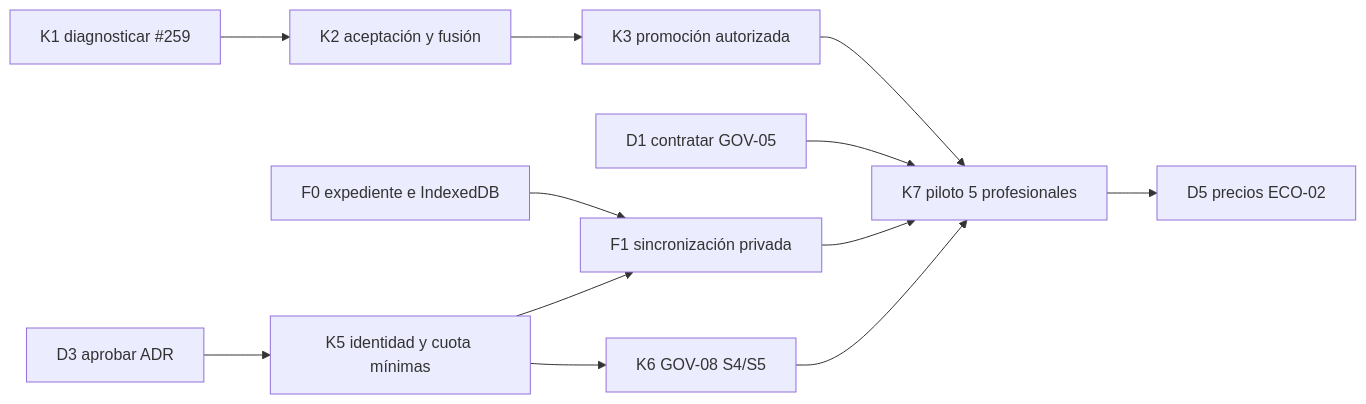
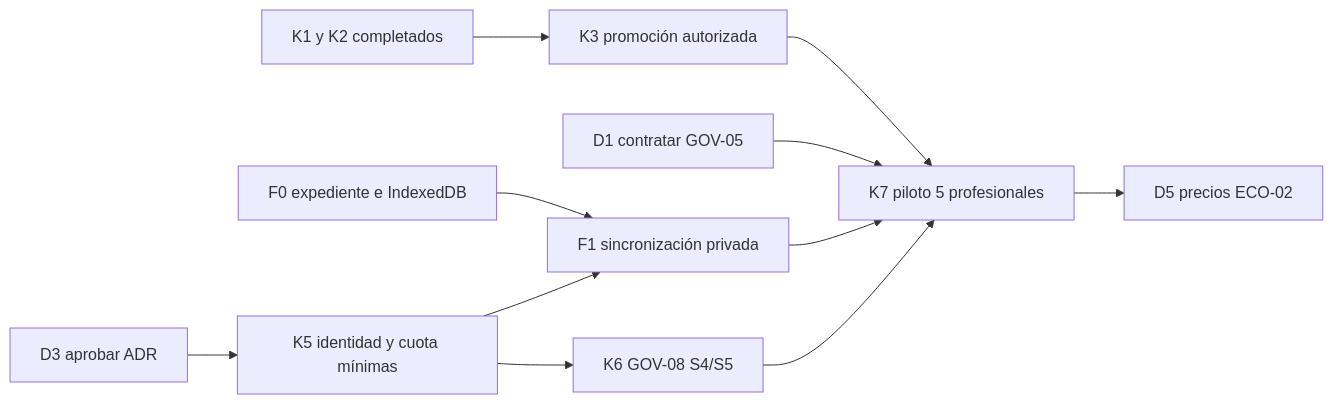
One commit to Juanmaes83/floorplan-3d changed the second of 2 diagrams in docs/product/PLAN-MAESTRO-RUBIK-SOTA-v1.12.md. Above: the diagram before and after it, drawn with Mermaid. The commit also changed other lines of this file and 4 other files, not shown here.

````diff
--- a/docs/product/PLAN-MAESTRO-RUBIK-SOTA-v1.12.md
+++ b/docs/product/PLAN-MAESTRO-RUBIK-SOTA-v1.12.md
@@ -261,13 +262,13 @@
 ```mermaid
 flowchart LR
-  K1[K1 diagnosticar #259] --> K2[K2 aceptación y fusión] --> K3[K3 promoción autorizada]
+  K2[K1 y K2 completados] --> K3[K3 promoción autorizada]
   K3 --> K7[K7 piloto 5 profesionales]
   D1[D1 contratar GOV-05] --> K7
   F0[F0 expediente e IndexedDB] --> F1
   D3[D3 aprobar ADR] --> K5[K5 identidad y cuota mínimas]
   K5 --> K6[K6 GOV-08 S4/S5]
   K5 --> F1[F1 sincronización privada]
   F1 --> K7
   K6 --> K7
   K7 --> D5[D5 precios ECO-02]
 ```
````
